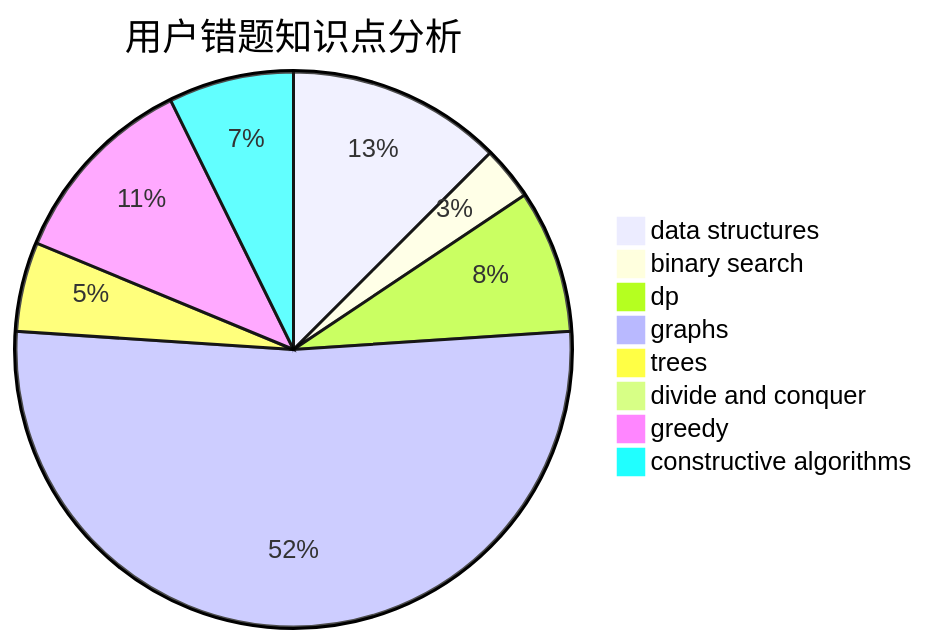
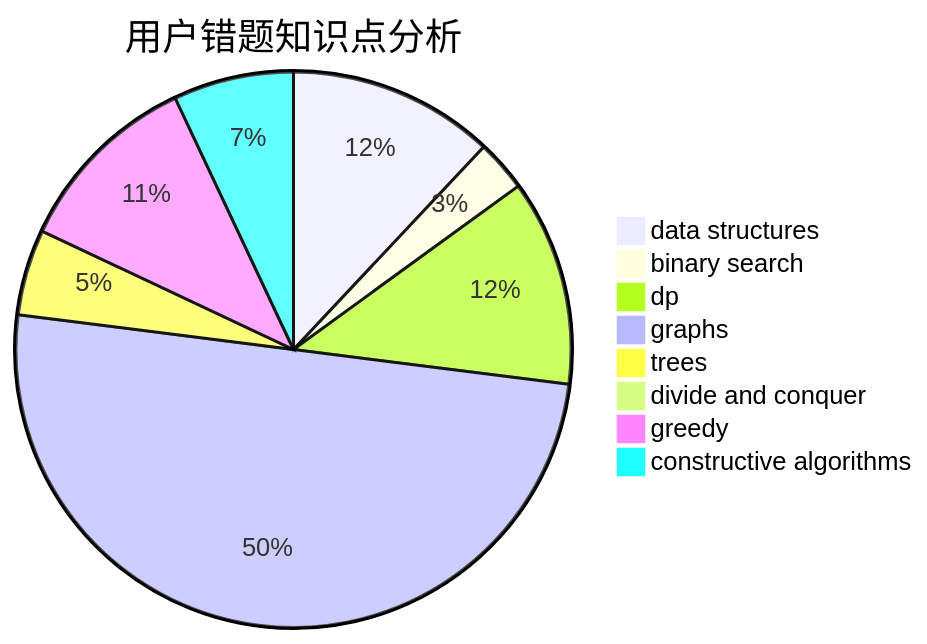
One commit to sherpahu/cfrs.github.io changed the third of 3 diagrams in docs/user/u2592.md. Above: the diagram before and after it, drawn with Mermaid. The commit also changed other lines of this file and 2770 other files, not shown here.

````diff
--- a/docs/user/u2592.md
+++ b/docs/user/u2592.md
@@ -36,11 +36,11 @@
 ```mermaid
 pie title 用户错题知识点分析
     "data structures" :  12
     "binary search" :  3
-    "dp" :  8
+    "dp" :  12
     "graphs" :  50
     "trees" :  5
     "divide and conquer" :  0
     "greedy" :  11
     "constructive algorithms" :  7
 ```
````
